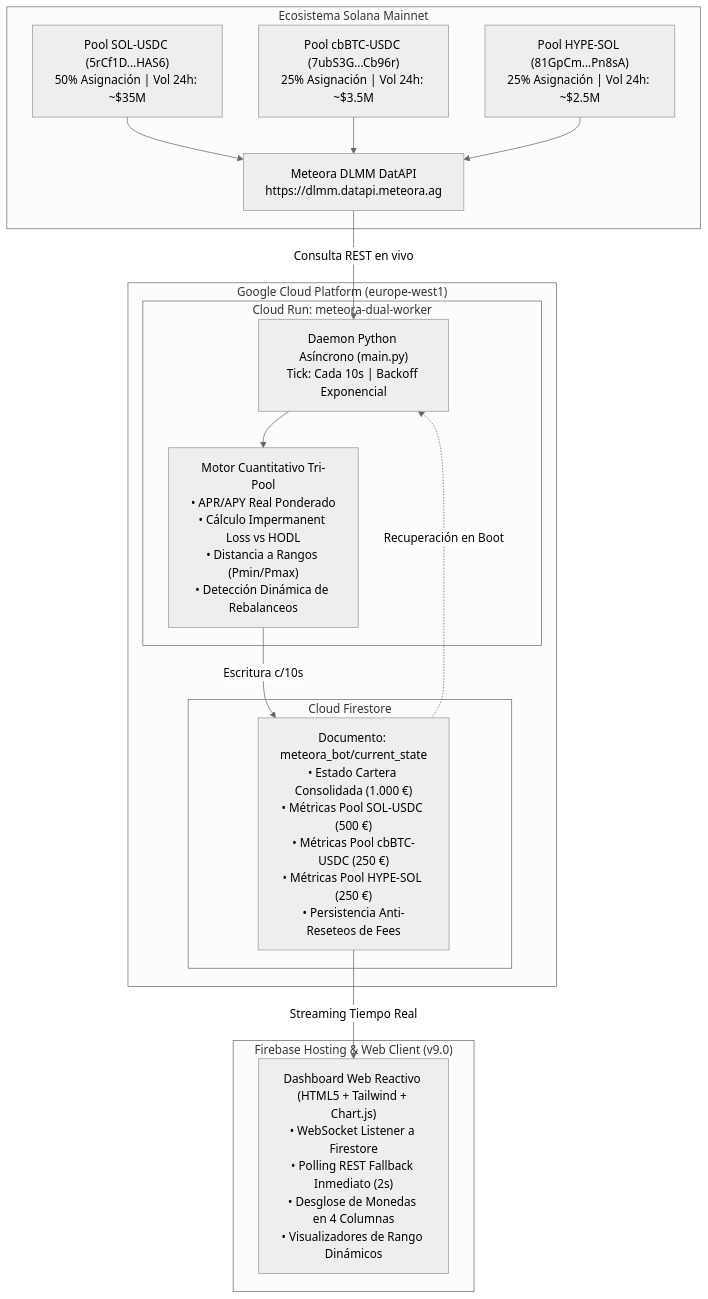
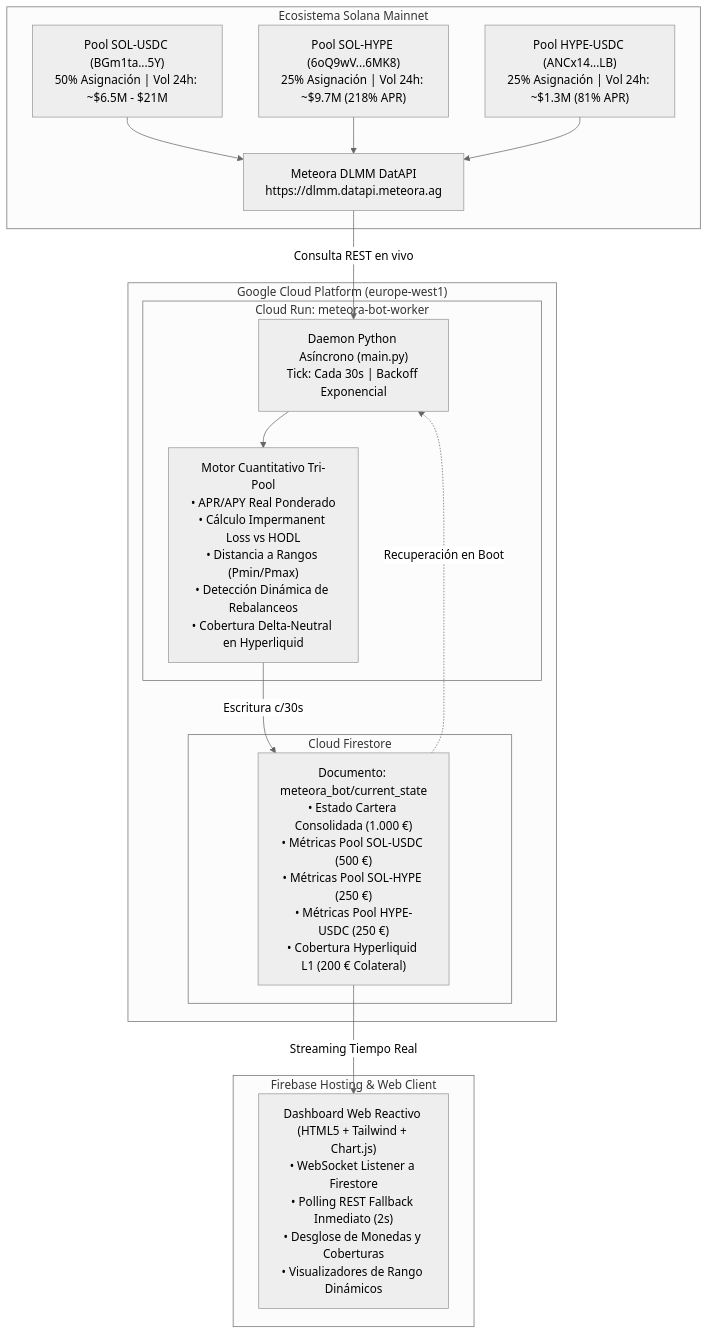
One commit to PabloDorrego/CriptPool changed the diagram in README.md. Above: the diagram before and after it, drawn with Mermaid (neutral theme).

Commit message:
docs: actualizar README con arquitectura SOL-HYPE (218% APR)

````diff
--- a/README.md
+++ b/README.md
@@ -24,34 +24,34 @@
 ```mermaid
 flowchart TD
     subgraph Solana ["Ecosistema Solana Mainnet"]
-        M1["Pool SOL-USDC (5rCf1D...HAS6)\n50% Asignación | Vol 24h: ~$35M"]
-        M2["Pool cbBTC-USDC (7ubS3G...Cb96r)\n25% Asignación | Vol 24h: ~$3.5M"]
-        M3["Pool HYPE-SOL (81GpCm...Pn8sA)\n25% Asignación | Vol 24h: ~$2.5M"]
+        M1["Pool SOL-USDC (BGm1ta...5Y)\n50% Asignación | Vol 24h: ~$6.5M - $21M"]
+        M2["Pool SOL-HYPE (6oQ9wV...6MK8)\n25% Asignación | Vol 24h: ~$9.7M (218% APR)"]
+        M3["Pool HYPE-USDC (ANCx14...LB)\n25% Asignación | Vol 24h: ~$1.3M (81% APR)"]
         API["Meteora DLMM DatAPI\nhttps://dlmm.datapi.meteora.ag"]
         M1 --> API
         M2 --> API
         M3 --> API
     end
 
     subgraph GCP ["Google Cloud Platform (europe-west1)"]
-        subgraph CloudRun ["Cloud Run: meteora-dual-worker"]
-            Daemon["Daemon Python Asíncrono (main.py)\nTick: Cada 10s | Backoff Exponencial"]
-            Engine["Motor Cuantitativo Tri-Pool\n• APR/APY Real Ponderado\n• Cálculo Impermanent Loss vs HODL\n• Distancia a Rangos (Pmin/Pmax)\n• Detección Dinámica de Rebalanceos"]
+        subgraph CloudRun ["Cloud Run: meteora-bot-worker"]
+            Daemon["Daemon Python Asíncrono (main.py)\nTick: Cada 30s | Backoff Exponencial"]
+            Engine["Motor Cuantitativo Tri-Pool\n• APR/APY Real Ponderado\n• Cálculo Impermanent Loss vs HODL\n• Distancia a Rangos (Pmin/Pmax)\n• Detección Dinámica de Rebalanceos\n• Cobertura Delta-Neutral en Hyperliquid"]
             Daemon --> Engine
         end
 
         subgraph DB ["Cloud Firestore"]
-            Doc["Documento: meteora_bot/current_state\n• Estado Cartera Consolidada (1.000 €)\n• Métricas Pool SOL-USDC (500 €)\n• Métricas Pool cbBTC-USDC (250 €)\n• Métricas Pool HYPE-SOL (250 €)\n• Persistencia Anti-Reseteos de Fees"]
+            Doc["Documento: meteora_bot/current_state\n• Estado Cartera Consolidada (1.000 €)\n• Métricas Pool SOL-USDC (500 €)\n• Métricas Pool SOL-HYPE (250 €)\n• Métricas Pool HYPE-USDC (250 €)\n• Cobertura Hyperliquid L1 (200 € Colateral)"]
         end
         
-        Engine -->|Escritura c/10s| Doc
+        Engine -->|Escritura c/30s| Doc
         Doc -.->|Recuperación en Boot| Daemon
     end
 
-    subgraph Frontend ["Firebase Hosting & Web Client (v9.0)"]
-        Client["Dashboard Web Reactivo (HTML5 + Tailwind + Chart.js)\n• WebSocket Listener a Firestore\n• Polling REST Fallback Inmediato (2s)\n• Desglose de Monedas en 4 Columnas\n• Visualizadores de Rango Dinámicos"]
+    subgraph Frontend ["Firebase Hosting & Web Client"]
+        Client["Dashboard Web Reactivo (HTML5 + Tailwind + Chart.js)\n• WebSocket Listener a Firestore\n• Polling REST Fallback Inmediato (2s)\n• Desglose de Monedas y Coberturas\n• Visualizadores de Rango Dinámicos"]
         Doc -->|Streaming Tiempo Real| Client
     end
 
     API -->|Consulta REST en vivo| Daemon
 ```
````
